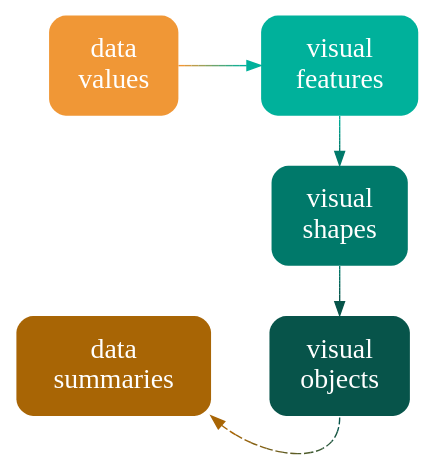
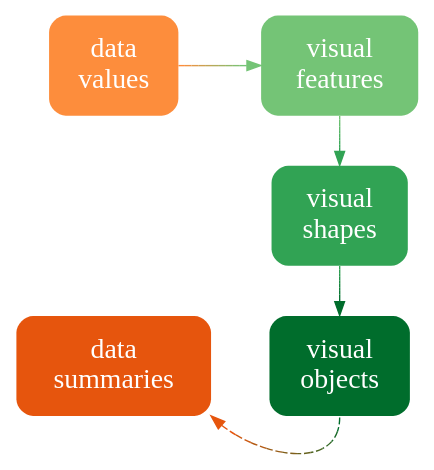
The diagram in Diagrams/data-vis-shape-obj.dot (pmur002/hdvw), drawn with Graphviz before and after one commit. The commit also changed 676 other files, not shown here.

```diff
--- a/Diagrams/data-vis-shape-obj.dot
+++ b/Diagrams/data-vis-shape-obj.dot
@@ -1,18 +1,18 @@
 digraph {
   graph [ rankdir=LR; margin=.2; nodesep=.5 ];
   node [ fontsize=20; fontname="sans bold"; margin=.2 ];
-  data [ label="data\nvalues"; shape=box; style="filled, rounded"; penwidth=0; fontcolor=white; fillcolor="#F09736" ]
-  stat [ label="data\nsummaries"; shape=box; style="filled, rounded"; penwidth=0; fontcolor=white; fillcolor="#A86505" ]
+  data [ label="data\nvalues"; shape=box; style="filled, rounded"; penwidth=0; fontcolor=white; fillcolor="#FD8D3C" ]
+  stat [ label="data\nsummaries"; shape=box; style="filled, rounded"; penwidth=0; fontcolor=white; fillcolor="#E6550D" ]
   vis [ label="visual\nfeatures"; shape=box;
-     style="filled, rounded"; penwidth=0; fontcolor=white; fillcolor="#00B19B" ]
+     style="filled, rounded"; penwidth=0; fontcolor=white; fillcolor="#74C476" ]
   shape [ label="visual\nshapes"; shape=box;
-       style="filled, rounded"; penwidth=0; fontcolor=white; fillcolor="#00796A" ]
+       style="filled, rounded"; penwidth=0; fontcolor=white; fillcolor="#31A354" ]
   obj [ label="visual\nobjects"; shape=box;
-     style="filled, rounded"; penwidth=0; fontcolor=white; fillcolor="#07544A" ]
-  data -> vis [ color="#F09736;0.1:#D59A41;0.1:#BB9D4C;0.1:#A0A058;0.1:#85A363;0.1:#6BA56E;0.1:#50A879;0.1:#35AB85;0.1:#1BAE90;0.1:#00B19B;0.1" ]
-  vis -> shape [ color="#00B19B;0.1:#00AB96;0.1:#00A590;0.1:#009E8B;0.1:#009885;0.1:#009280;0.1:#008C7A;0.1:#008575;0.1:#007F6F;0.1:#00796A;0.1" ]
-  shape -> obj [ color="#00796A;0.1:#017566;0.1:#027163;0.1:#026D5F;0.1:#03695C;0.1:#046458;0.1:#056055;0.1:#055C51;0.1:#06584E;0.1:#07544A;0.1" ]
-  obj:s -> stat:se [ style="dashed", color="#07544A;0.1:#195642;0.1:#2B583B;0.1:#3D5A33;0.1:#4F5C2B;0.1:#605D24;0.1:#725F1C;0.1:#846114;0.1:#96630D;0.1:#A86505;0.1" ]
+     style="filled, rounded"; penwidth=0; fontcolor=white; fillcolor="#006D2C" ]
+  data -> vis [ color="#FD8D3C;0.1:#EE9342;0.1:#DF9949;0.1:#CF9F4F;0.1:#C0A556;0.1:#B1AC5C;0.1:#A2B263;0.1:#92B869;0.1:#83BE70;0.1:#74C476;0.1" ]
+  vis -> shape [ color="#74C476;0.1:#6DC072;0.1:#65BD6E;0.1:#5EB96B;0.1:#56B567;0.1:#4FB263;0.1:#47AE5F;0.1:#40AA5C;0.1:#38A758;0.1:#31A354;0.1" ]
+  shape -> obj [ color="#31A354;0.1:#2C9D50;0.1:#26974B;0.1:#219147;0.1:#1B8B42;0.1:#16853E;0.1:#107F39;0.1:#0B7935;0.1:#057330;0.1:#006D2C;0.1" ]
+  obj:s -> stat:se [ style="dashed", color="#006D2C;0.1:#1A6A29;0.1:#336825;0.1:#4D6522;0.1:#66621E;0.1:#80601B;0.1:#995D17;0.1:#B35A14;0.1:#CC5810;0.1:#E6550D;0.1" ]
 { rank=same; data, stat }
 { rank=same; vis, shape, obj }
 }
```
